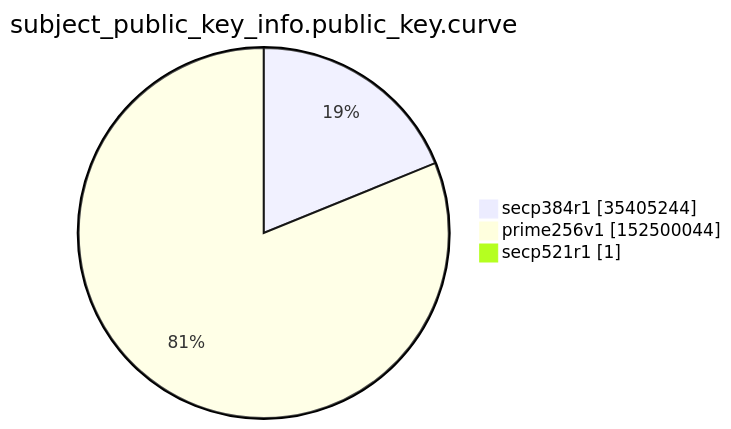
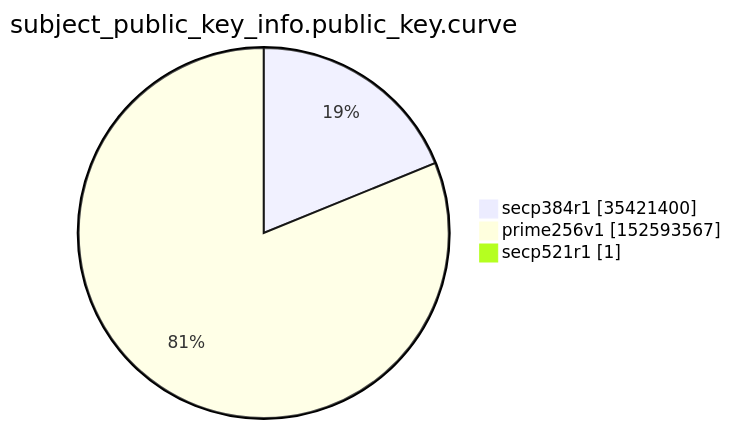
Before and after one commit to christiankrug/ctmonitor_visualization: the ninth of 15 diagrams in argon2022/README.md, drawn with Mermaid. The commit also changed other lines of this file, not shown here.

````diff
--- a/argon2022/README.md
+++ b/argon2022/README.md
@@ -2765,7 +2765,7 @@
 ```mermaid
 pie showData
 title subject_public_key_info.public_key.curve
-"secp384r1" :35405244
-"prime256v1" :152500044
+"secp384r1" :35421400
+"prime256v1" :152593567
 "secp521r1" :1
 ```
````
